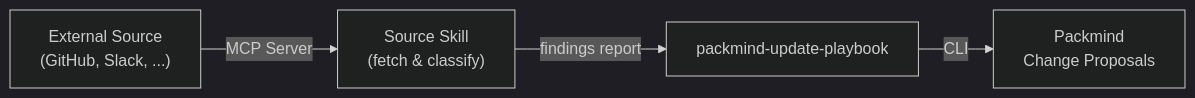
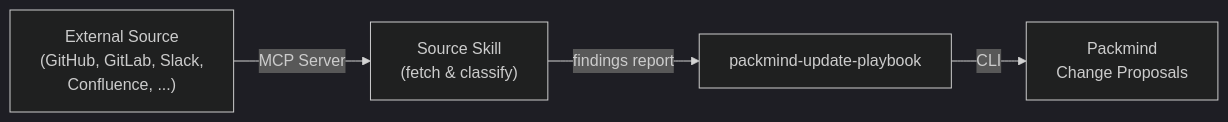
Before and after one commit to PackmindHub/demo-use-case-skills: the diagram in README.md, drawn with Mermaid (dark theme). The commit also changed other lines of this file and 53 other files, not shown here.

````diff
--- a/README.md
+++ b/README.md
@@ -9,6 +9,6 @@
 ```mermaid
 flowchart LR
-    Source["External Source<br>(GitHub, Slack, ...)"] -->|MCP Server| Skill["Source Skill<br>(fetch & classify)"]
+    Source["External Source<br>(GitHub, GitLab, Slack,<br>Confluence, ...)"] -->|MCP Server| Skill["Source Skill<br>(fetch & classify)"]
     Skill -->|findings report| Update["packmind-update-playbook"]
     Update -->|CLI| Packmind["Packmind<br>Change Proposals"]
 ```
````
